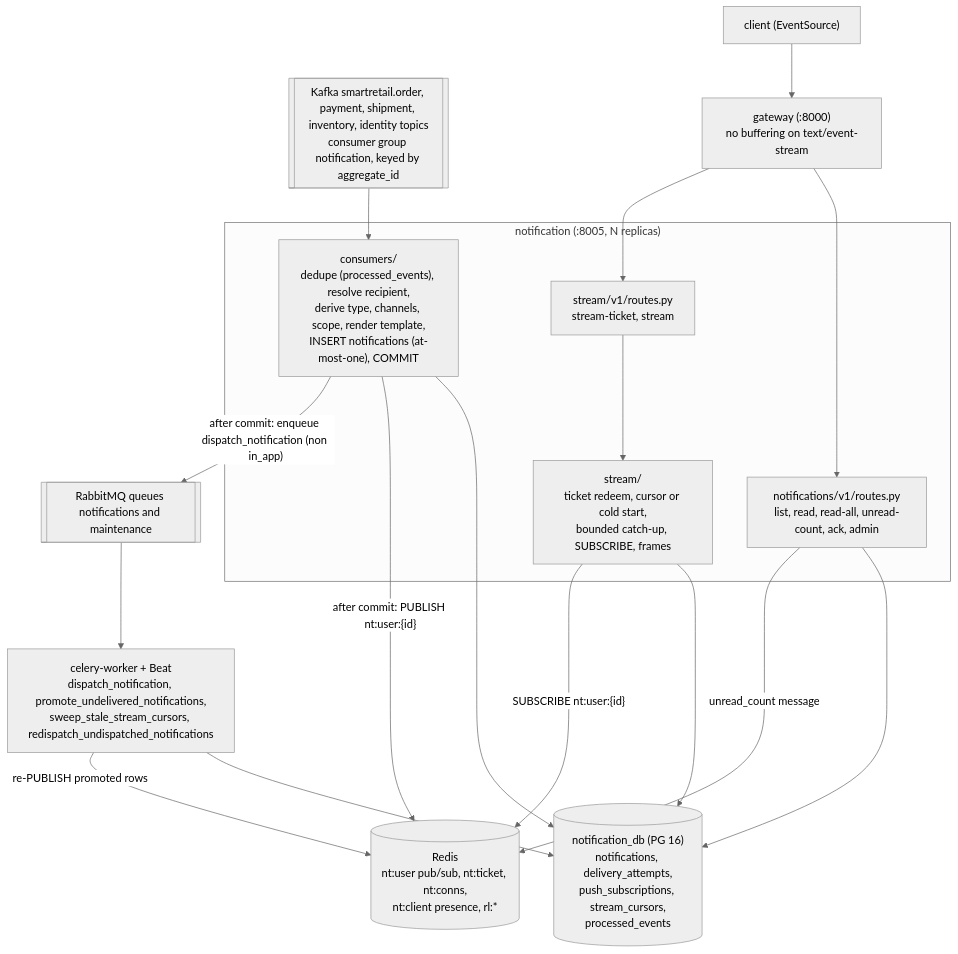
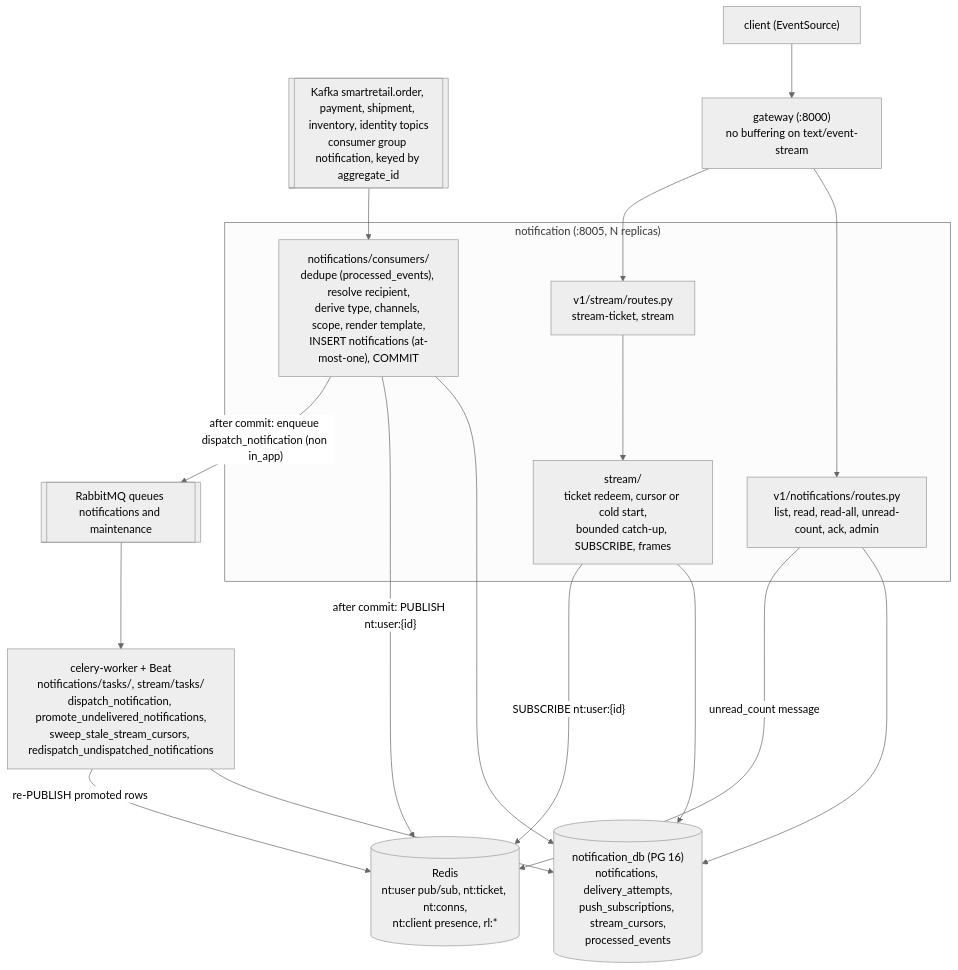
Before and after one commit to AdnanBloch/Smart-Retail: the first of 14 diagrams in docs/rfcs/0007-notification-service.md, drawn with Mermaid (neutral theme). The commit also changed other lines of this file and 700 other files, not shown here.

````diff
--- a/docs/rfcs/0007-notification-service.md
+++ b/docs/rfcs/0007-notification-service.md
@@ -114,32 +133,32 @@
 ```mermaid
 flowchart TB
     kafka[["Kafka smartretail.order, payment, shipment, inventory, identity topics<br/>consumer group notification, keyed by aggregate_id"]]
     subgraph svc["notification (:8005, N replicas)"]
-        consumer["consumers/<br/>dedupe (processed_events), resolve recipient,<br/>derive type, channels, scope, render template,<br/>INSERT notifications (at-most-one), COMMIT"]
-        api["notifications/v1/routes.py<br/>list, read, read-all, unread-count, ack, admin"]
-        streamapi["stream/v1/routes.py<br/>stream-ticket, stream"]
+        consumer["notifications/consumers/<br/>dedupe (processed_events), resolve recipient,<br/>derive type, channels, scope, render template,<br/>INSERT notifications (at-most-one), COMMIT"]
+        api["v1/notifications/routes.py<br/>list, read, read-all, unread-count, ack, admin"]
+        streamapi["v1/stream/routes.py<br/>stream-ticket, stream"]
         stream["stream/<br/>ticket redeem, cursor or cold start,<br/>bounded catch-up, SUBSCRIBE, frames"]
     end
     db[("notification_db (PG 16)<br/>notifications, delivery_attempts,<br/>push_subscriptions, stream_cursors,<br/>processed_events")]
     redis[("Redis<br/>nt:user pub/sub, nt:ticket, nt:conns,<br/>nt:client presence, rl:*")]
     rabbit[["RabbitMQ queues notifications and maintenance"]]
-    worker["celery-worker + Beat<br/>dispatch_notification, promote_undelivered_notifications,<br/>sweep_stale_stream_cursors, redispatch_undispatched_notifications"]
+    worker["celery-worker + Beat<br/>notifications/tasks/, stream/tasks/<br/>dispatch_notification, promote_undelivered_notifications,<br/>sweep_stale_stream_cursors, redispatch_undispatched_notifications"]
     gateway["gateway (:8000)<br/>no buffering on text/event-stream"]
     client["client (EventSource)"]
 
     kafka --> consumer
     consumer --> db
     consumer -- "after commit: PUBLISH nt:user:{id}" --> redis
     consumer -- "after commit: enqueue dispatch_notification (non in_app)" --> rabbit
     rabbit --> worker
     worker --> db
     worker -- "re-PUBLISH promoted rows" --> redis
     api --> db
     api -- "unread_count message" --> redis
     streamapi --> stream
     stream --> db
     stream -- "SUBSCRIBE nt:user:{id}" --> redis
     client --> gateway
     gateway --> api
     gateway --> streamapi
 ```
````
